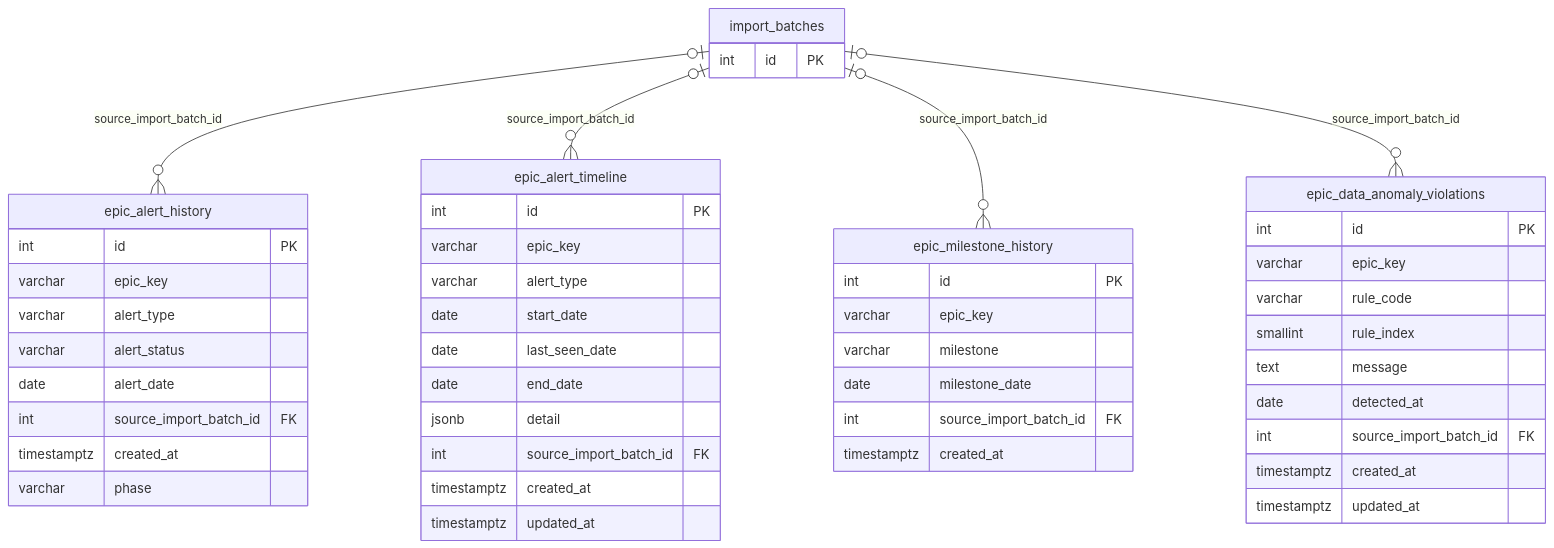
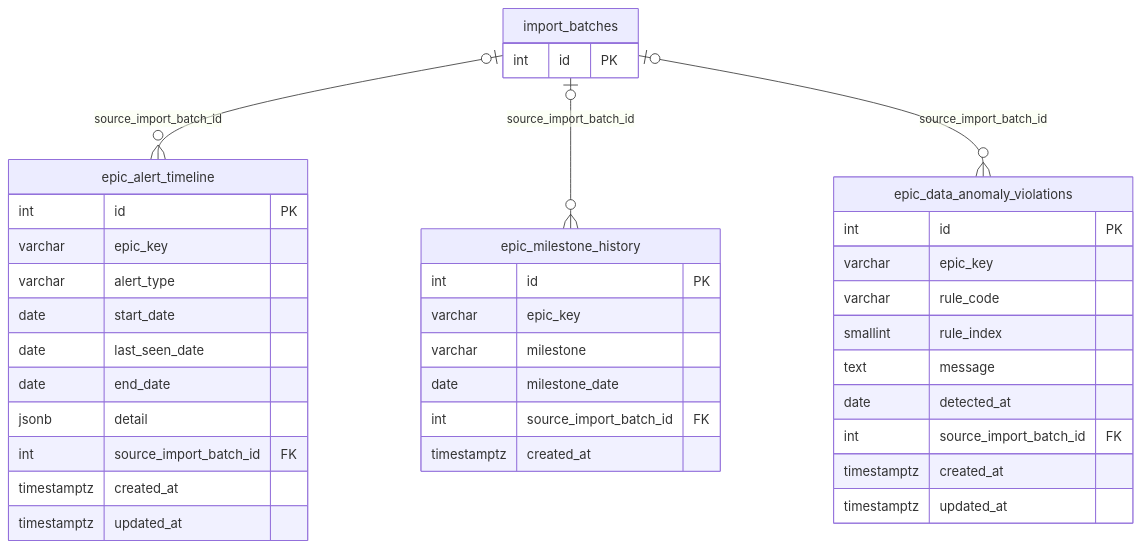
Before and after one commit to dminhbb/ttm-tool: the seventh of 12 diagrams in docs/database-erd.md, drawn with Mermaid. The commit also changed other lines of this file and 3 other files, not shown here.

Commit message:
Cập nhật schema và tài liệu sau khi gỡ epic_alert_history

````diff
--- a/docs/database-erd.md
+++ b/docs/database-erd.md
@@ -1038,51 +1038,40 @@
 ```mermaid
 erDiagram
-    epic_alert_history {
-        int id PK
-        varchar epic_key
-        varchar alert_type
-        varchar alert_status
-        date alert_date
-        int source_import_batch_id FK
-        timestamptz created_at
-        varchar phase
-    }
     epic_alert_timeline {
         int id PK
         varchar epic_key
         varchar alert_type
         date start_date
         date last_seen_date
         date end_date
         jsonb detail
         int source_import_batch_id FK
         timestamptz created_at
         timestamptz updated_at
     }
     epic_milestone_history {
         int id PK
         varchar epic_key
         varchar milestone
         date milestone_date
         int source_import_batch_id FK
         timestamptz created_at
     }
     epic_data_anomaly_violations {
         int id PK
         varchar epic_key
         varchar rule_code
         smallint rule_index
         text message
         date detected_at
         int source_import_batch_id FK
         timestamptz created_at
         timestamptz updated_at
     }
     import_batches {
         int id PK
     }
-    import_batches |o--o{ epic_alert_history : "source_import_batch_id"
     import_batches |o--o{ epic_alert_timeline : "source_import_batch_id"
     import_batches |o--o{ epic_milestone_history : "source_import_batch_id"
     import_batches |o--o{ epic_data_anomaly_violations : "source_import_batch_id"
 ```
````
